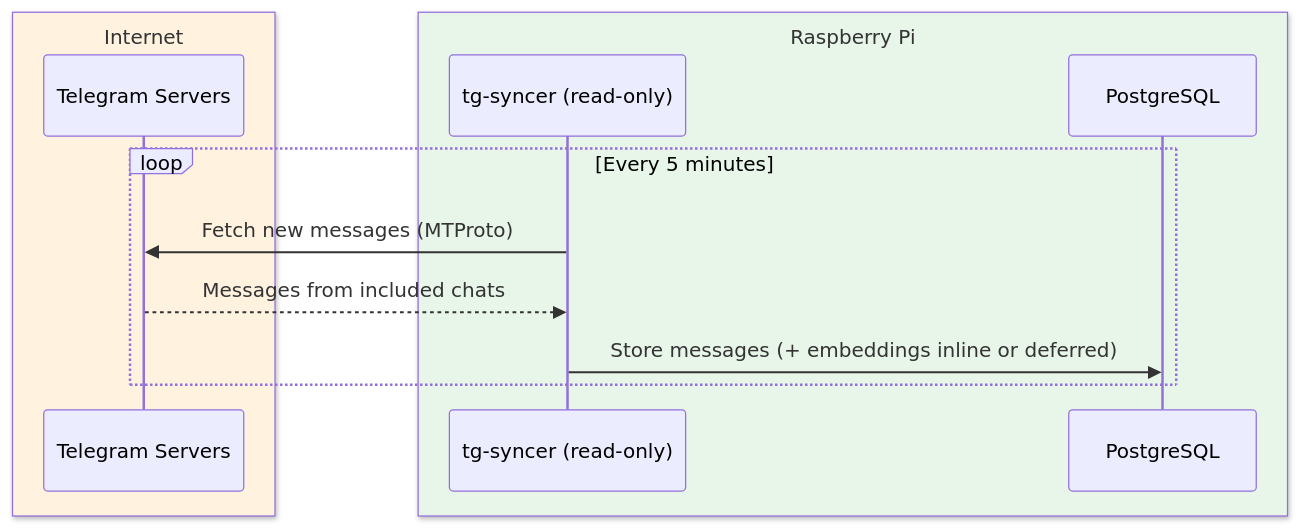
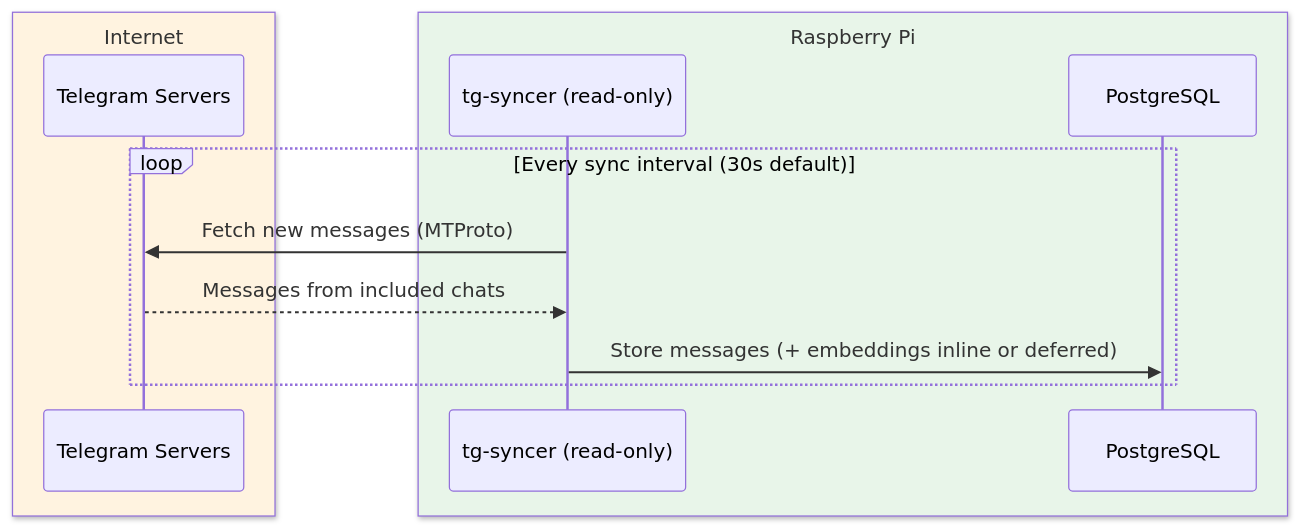
One commit to obheda12/telelocal changed the third of 7 diagrams in README.md. Above: the diagram before and after it, drawn with Mermaid. The commit also changed other lines of this file and 5 other files, not shown here.

````diff
--- a/README.md
+++ b/README.md
@@ -44,16 +150,16 @@
 ```mermaid
 sequenceDiagram
     box rgb(255,243,224) Internet
         participant TG as Telegram Servers
     end
     box rgb(232,245,233) Raspberry Pi
         participant Syncer as tg-syncer (read-only)
         participant DB as PostgreSQL
     end
 
-    loop Every 5 minutes
+    loop Every sync interval (30s default)
         Syncer->>TG: Fetch new messages (MTProto)
         TG-->>Syncer: Messages from included chats
         Syncer->>DB: Store messages (+ embeddings inline or deferred)
     end
 ```
````
